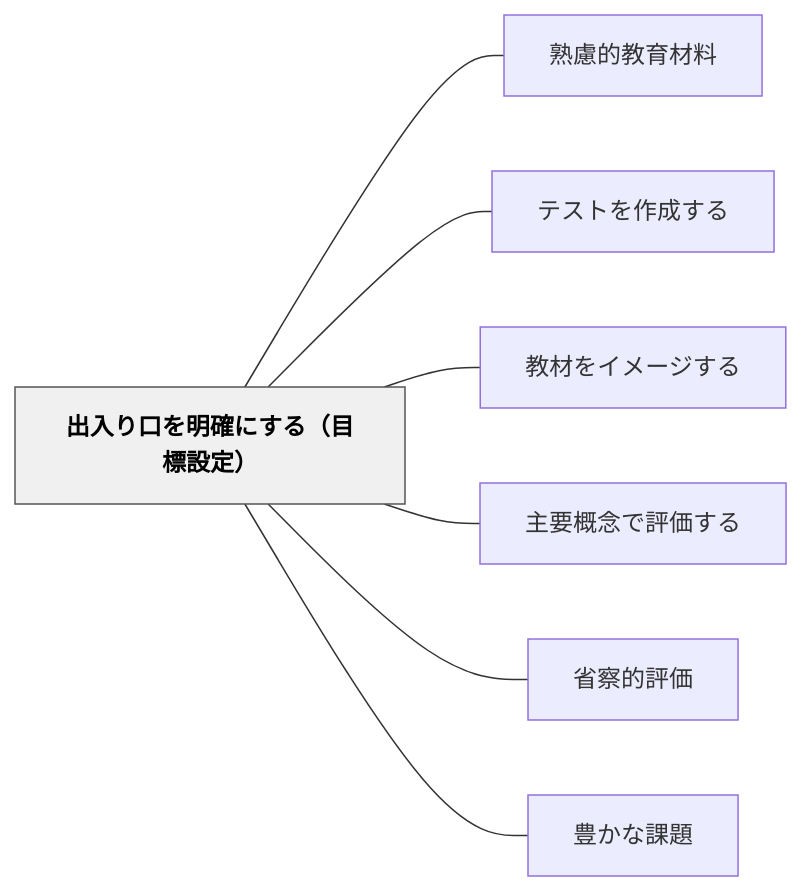
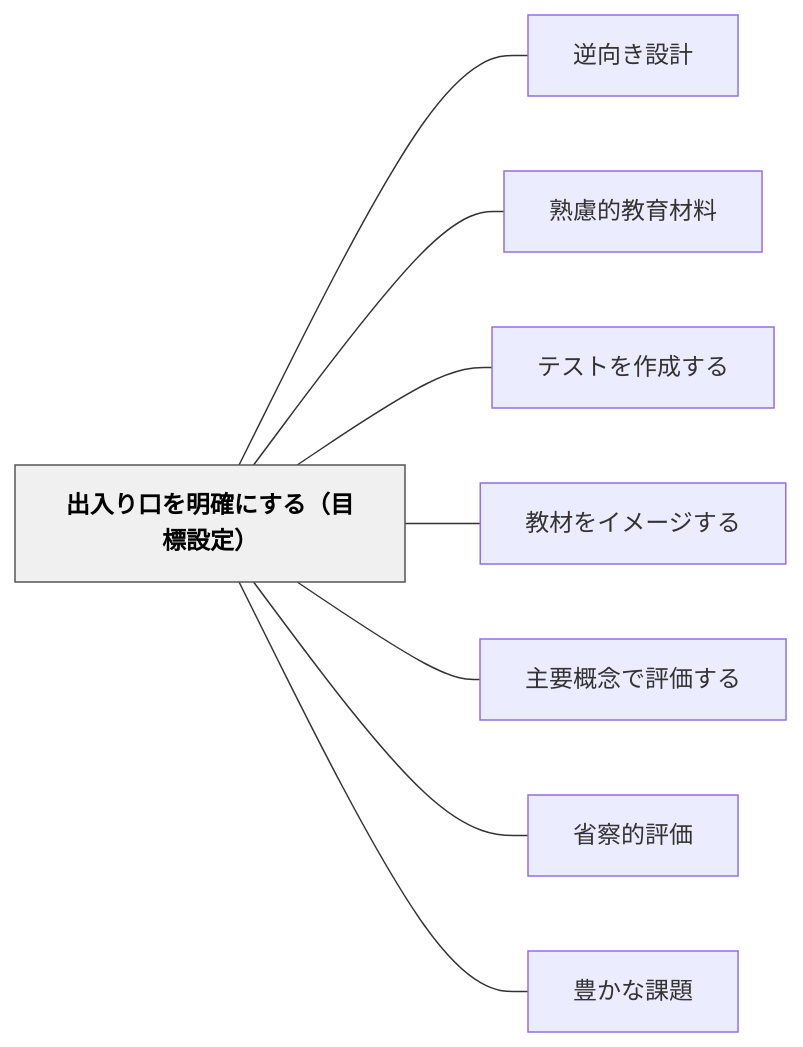
The diagram in content/パタン/出入り口を明確にする（目標設定）.md (unknownthings-ed-patterns/unknownthings-ed-patterns), drawn with Mermaid before and after one commit. The commit also changed other lines of this file and 47 other files, not shown here.

````diff
--- a/content/パタン/出入り口を明確にする（目標設定）.md
+++ b/content/パタン/出入り口を明確にする（目標設定）.md
@@ -48,20 +49,22 @@
 ```mermaid
 flowchart LR
     ne587bae585a5e3828ae58fa3e38292e6988ee7a2bae381abe38199e3828befbc88e79baee6a899e8a8ade5ae9aefbc89["出入り口を明確にする（目標設定）"]
+    ne98086e59091e3818de8a8ade8a888["逆向き設計"]
     ne7869fe685aee79a84e69599e882b2e69d90e69699["熟慮的教育材料"]
     ne38386e382b9e38388e38292e4bd9ce68890e38199e3828b["テストを作成する"]
     ne69599e69d90e38292e382a4e383a1e383bce382b8e38199e3828b["教材をイメージする"]
     ne4b8bbe8a681e6a682e5bfb5e381a7e8a995e4bea1e38199e3828b["主要概念で評価する"]
     ne79c81e5af9fe79a84e8a995e4bea1["省察的評価"]
     ne8b18ae3818be381aae8aab2e9a18c["豊かな課題"]
 
+    ne587bae585a5e3828ae58fa3e38292e6988ee7a2bae381abe38199e3828befbc88e79baee6a899e8a8ade5ae9aefbc89 --- ne98086e59091e3818de8a8ade8a888
     ne587bae585a5e3828ae58fa3e38292e6988ee7a2bae381abe38199e3828befbc88e79baee6a899e8a8ade5ae9aefbc89 --- ne7869fe685aee79a84e69599e882b2e69d90e69699
     ne587bae585a5e3828ae58fa3e38292e6988ee7a2bae381abe38199e3828befbc88e79baee6a899e8a8ade5ae9aefbc89 --- ne38386e382b9e38388e38292e4bd9ce68890e38199e3828b
     ne587bae585a5e3828ae58fa3e38292e6988ee7a2bae381abe38199e3828befbc88e79baee6a899e8a8ade5ae9aefbc89 --- ne69599e69d90e38292e382a4e383a1e383bce382b8e38199e3828b
     ne587bae585a5e3828ae58fa3e38292e6988ee7a2bae381abe38199e3828befbc88e79baee6a899e8a8ade5ae9aefbc89 --- ne4b8bbe8a681e6a682e5bfb5e381a7e8a995e4bea1e38199e3828b
     ne587bae585a5e3828ae58fa3e38292e6988ee7a2bae381abe38199e3828befbc88e79baee6a899e8a8ade5ae9aefbc89 --- ne79c81e5af9fe79a84e8a995e4bea1
     ne587bae585a5e3828ae58fa3e38292e6988ee7a2bae381abe38199e3828befbc88e79baee6a899e8a8ade5ae9aefbc89 --- ne8b18ae3818be381aae8aab2e9a18c
 
     classDef hub fill:#f0f0f0,stroke:#555,color:#000,font-weight:bold
     class ne587bae585a5e3828ae58fa3e38292e6988ee7a2bae381abe38199e3828befbc88e79baee6a899e8a8ade5ae9aefbc89 hub
 ```
````
